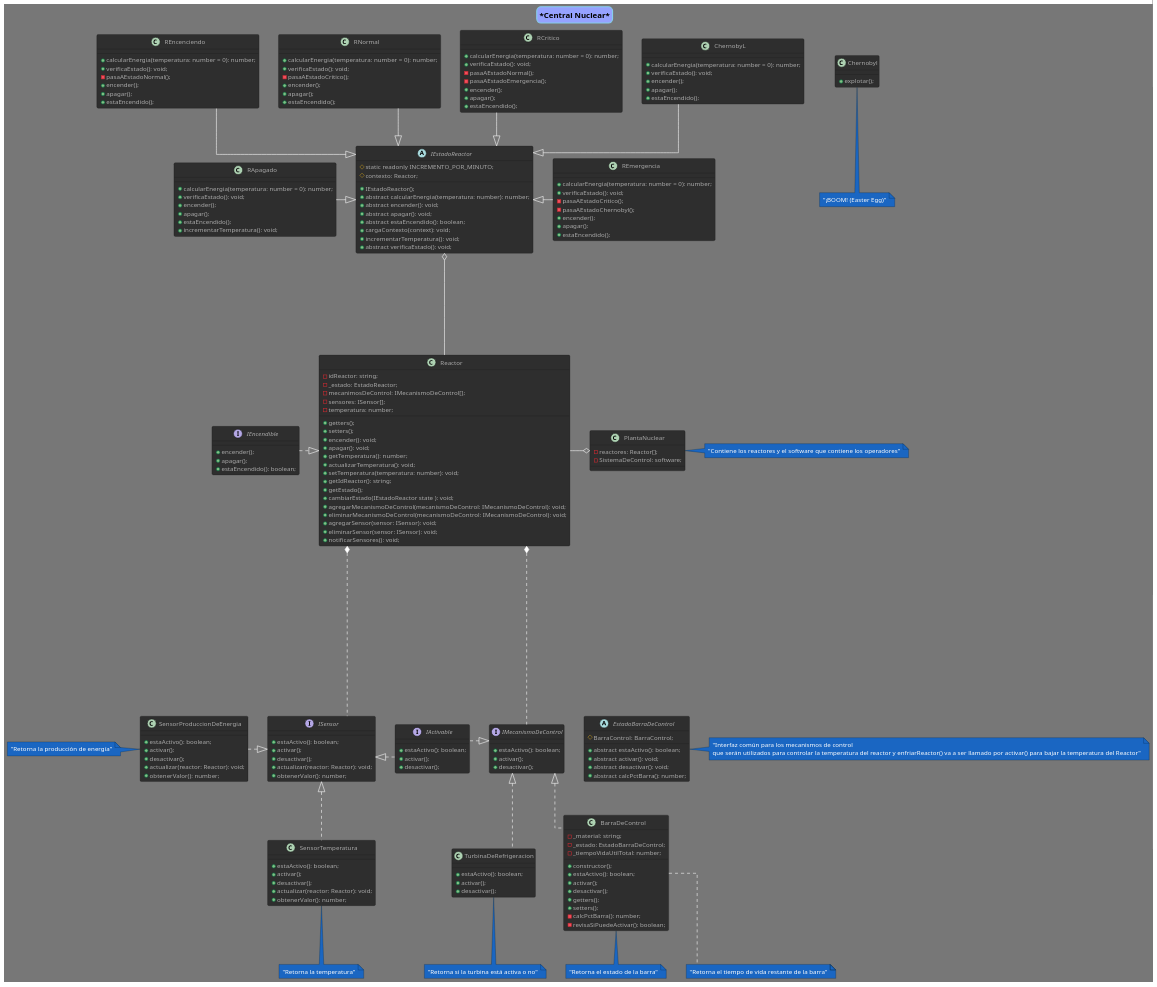
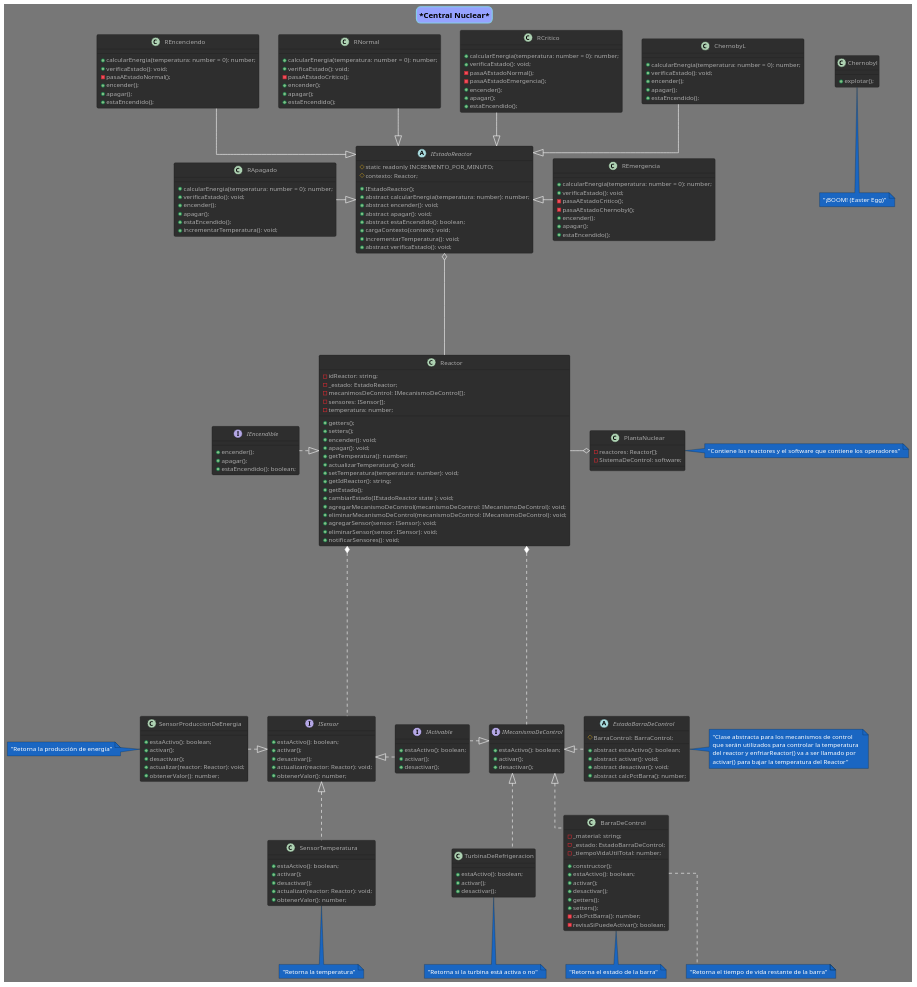
Before and after one commit to fmiguezo/reactor_nuclear: the diagram in diagrams/clases_central_nuclear.puml, drawn with PlantUML.

Commit message:
Corregida la relacion entre EstadoBarra y la interface Mecanismos

```diff
--- a/diagrams/clases_central_nuclear.puml
+++ b/diagrams/clases_central_nuclear.puml
@@ -222,7 +222,7 @@
 ISensor <|.. SensorTemperatura
 ISensor <|........ IActivable
 IMecanismoDeControl <|........ IActivable
-EstadoBarraDeControl o-l[hidden]- IMecanismoDeControl
+EstadoBarraDeControl .l.|> IMecanismoDeControl
 
 
 'Notas
@@ -233,5 +233,5 @@
 note bottom of TurbinaDeRefrigeracion: "Retorna si la turbina está activa o no"
 note bottom of Chernobyl: "¡BOOM! (Easter Egg)"
 note right of PlantaNuclear: "Contiene los reactores y el software que contiene los operadores"
-note right of EstadoBarraDeControl: "Interfaz común para los mecanismos de control\nque serán utilizados para controlar la temperatura del reactor y enfriarReactor() va a ser llamado por activar() para bajar la temperatura del Reactor"
+note right of EstadoBarraDeControl: "Clase abstracta para los mecanismos de control \nque serán utilizados para controlar la temperatura \ndel reactor y enfriarReactor() va a ser llamado por \nactivar() para bajar la temperatura del Reactor"
 @enduml
```
